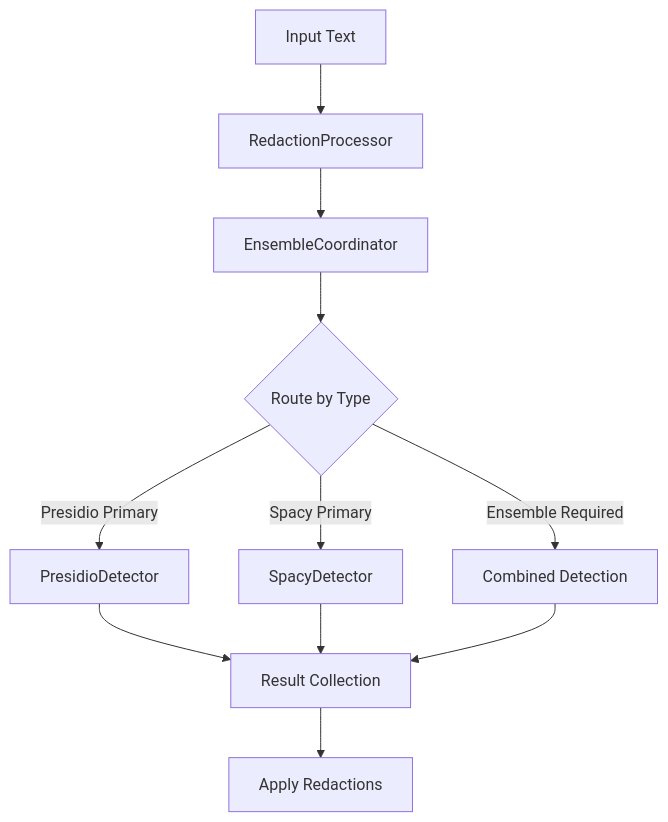
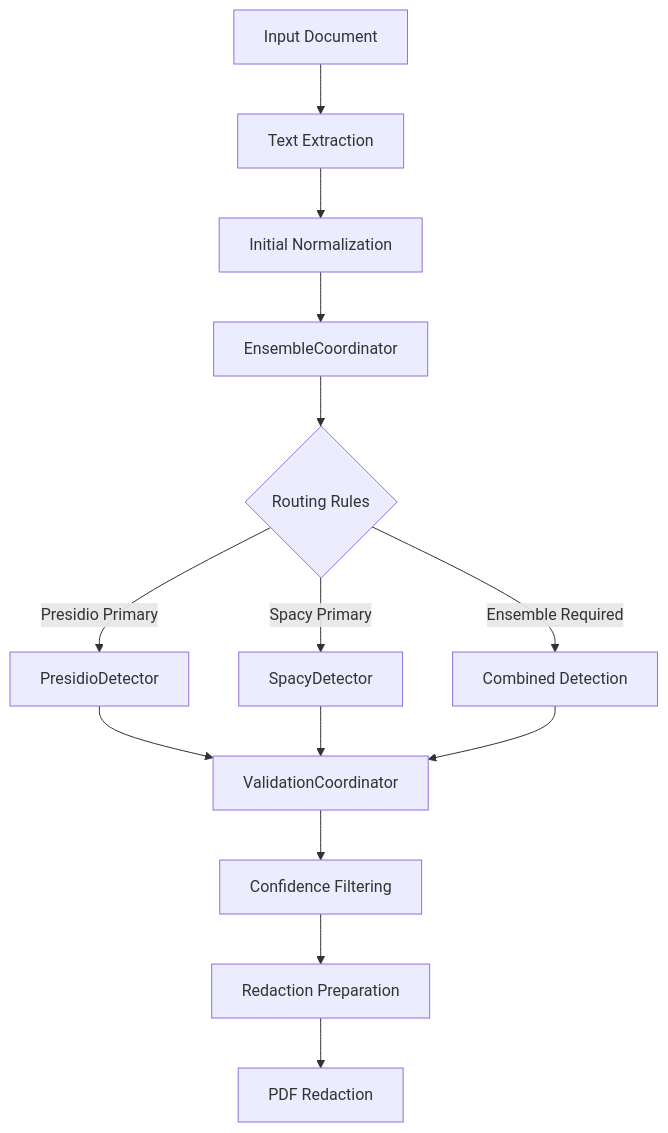
Before and after one commit to brockwebb/resume_transcript_redaction: the diagram in redaction_system_architecture.md, drawn with Mermaid. The commit also changed other lines of this file, not shown here.

First line of the commit message:
Update redaction_system_architecture.md

````diff
--- a/redaction_system_architecture.md
+++ b/redaction_system_architecture.md
@@ -116,13 +148,16 @@
 ```mermaid
 graph TD
-    A[Input Text] --> B[RedactionProcessor]
-    B --> E[EnsembleCoordinator]
-    E --> F{Route by Type}
-    F -->|Presidio Primary| G[PresidioDetector]
-    F -->|Spacy Primary| H[SpacyDetector]
-    F -->|Ensemble Required| I[Combined Detection]
-    G --> J[Result Collection]
-    H --> J
-    I --> J
-    J --> K[Apply Redactions]
+    A[Input Document] --> B[Text Extraction]
+    B --> C[Initial Normalization]
+    C --> D[EnsembleCoordinator]
+    D --> E{Routing Rules}
+    E -->|Presidio Primary| F[PresidioDetector]
+    E -->|Spacy Primary| G[SpacyDetector]
+    E -->|Ensemble Required| H[Combined Detection]
+    F --> I[ValidationCoordinator]
+    G --> I
+    H --> I
+    I --> J[Confidence Filtering]
+    J --> K[Redaction Preparation]
+    K --> L[PDF Redaction]
 ```
````
